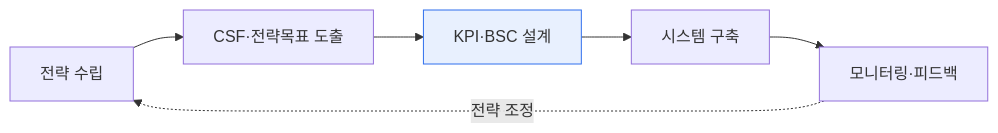
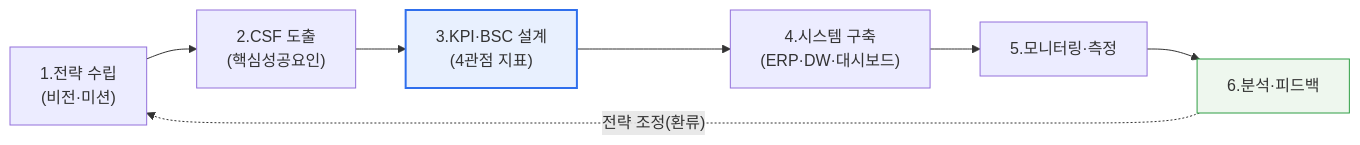
Before and after one commit to coninggu/wjdqhrhksflrltnftk: the second of 2 diagrams in content/strategic-enterprise-management.md, drawn with Mermaid. The commit also changed other lines of this file and 3 other files, not shown here.

````diff
--- a/content/strategic-enterprise-management.md
+++ b/content/strategic-enterprise-management.md
@@ -35,6 +57,11 @@
 ```mermaid
 flowchart LR
-  A[전략 수립] --> B[CSF·전략목표 도출] --> C[KPI·BSC 설계] --> D[시스템 구축] --> E[모니터링·피드백]
-  E -. 전략 조정 .-> A
-  style C fill:#e8f0fe,stroke:#2f6fed
+  A["1.전략 수립<br/>(비전·미션)"] --> B["2.CSF 도출<br/>(핵심성공요인)"]
+  B --> C["3.KPI·BSC 설계<br/>(4관점 지표)"]
+  C --> D["4.시스템 구축<br/>(ERP·DW·대시보드)"]
+  D --> E["5.모니터링·측정"]
+  E --> F["6.분석·피드백"]
+  F -. "전략 조정(환류)" .-> A
+  style C fill:#e8f0fe,stroke:#2f6fed,stroke-width:2px
+  style F fill:#eef7ee,stroke:#2f9e44
 ```
````
